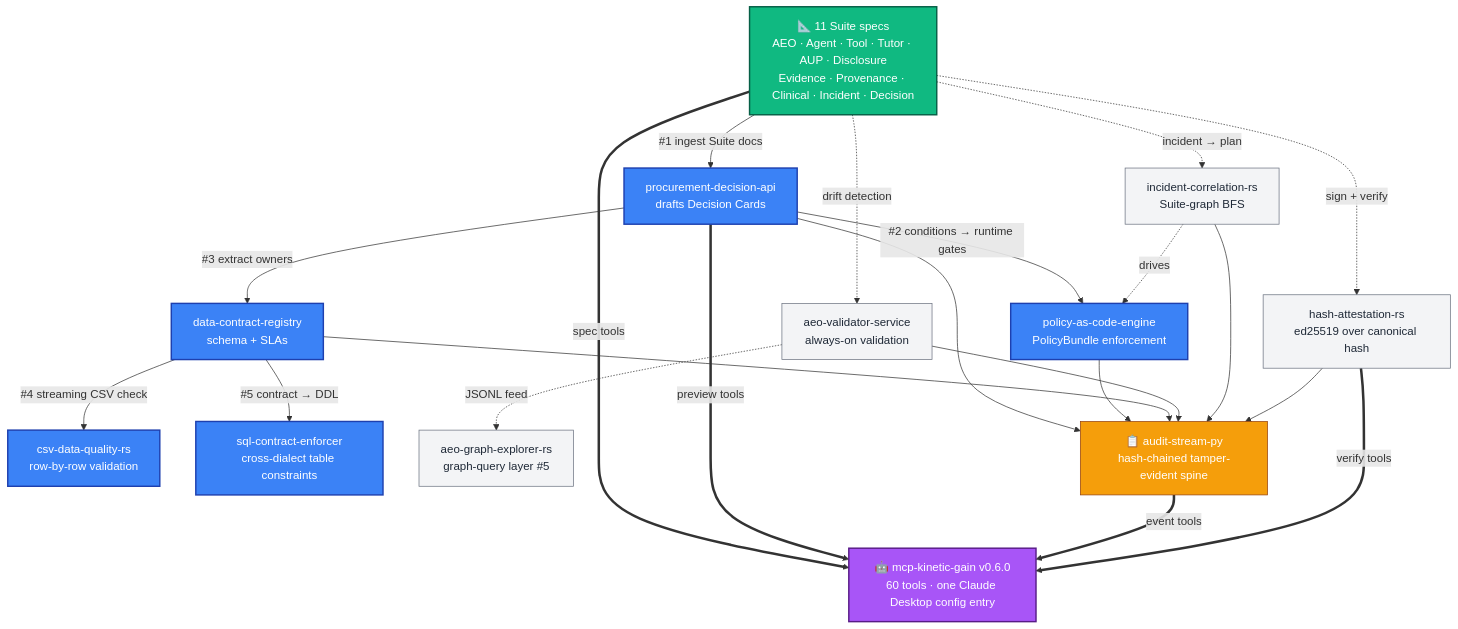
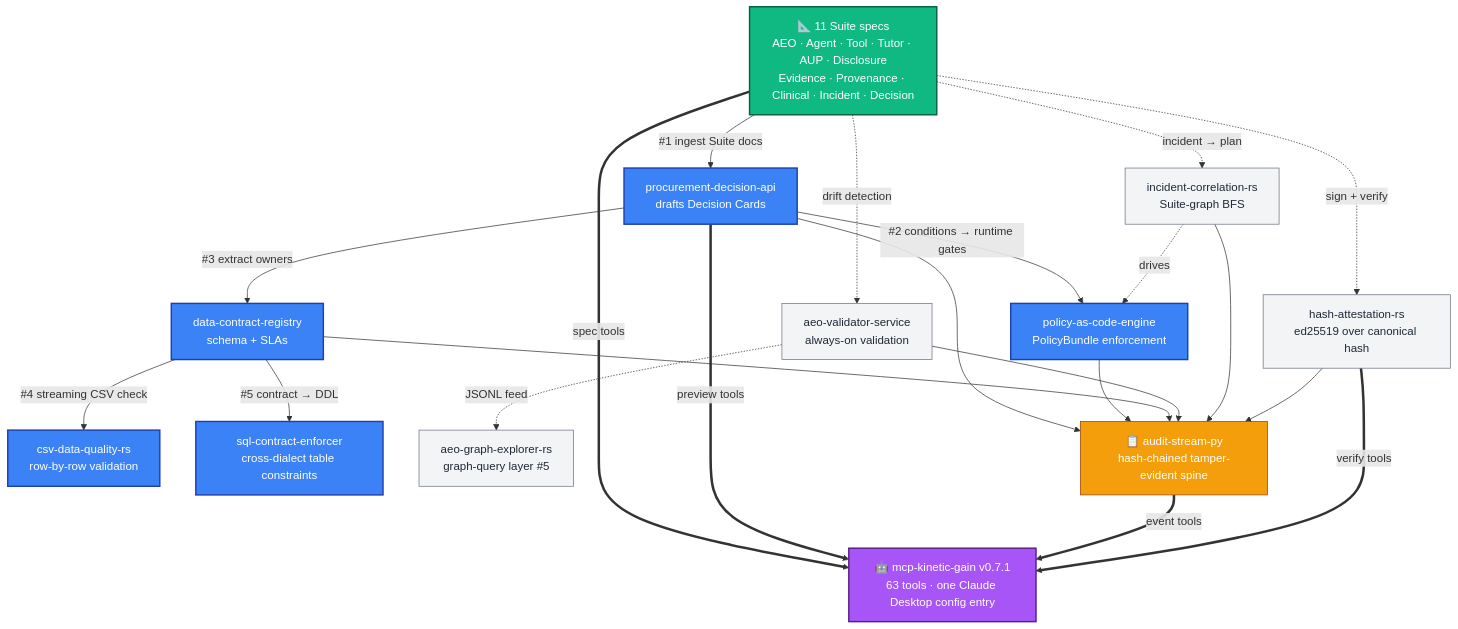
The first of 2 diagrams in README.md (mizcausevic-dev/kinetic-gain-protocol-suite), drawn with Mermaid before and after one commit. The commit also changed other lines of this file, not shown here.

First line of the commit message:
QA: standardize mcp-kinetic-gain references to v0.7.1 / 63 tools

````diff
--- a/README.md
+++ b/README.md
@@ -101,36 +101,36 @@
 ```mermaid
 flowchart TB
     classDef spec fill:#10b981,stroke:#065f46,color:#fff,stroke-width:2px
     classDef hook fill:#3b82f6,stroke:#1e40af,color:#fff,stroke-width:2px
     classDef sup fill:#f3f4f6,stroke:#6b7280,color:#1f2937
     classDef stream fill:#f59e0b,stroke:#92400e,color:#fff
     classDef mcp fill:#a855f7,stroke:#581c87,color:#fff,stroke-width:2px
 
     SPECS["📐 11 Suite specs<br/>AEO · Agent · Tool · Tutor · AUP · Disclosure<br/>Evidence · Provenance · Clinical · Incident · Decision"]:::spec
 
     SPECS -->|"#1 ingest Suite docs"| PDA["procurement-decision-api<br/>drafts Decision Cards"]:::hook
     PDA -->|"#2 conditions → runtime gates"| PAC["policy-as-code-engine<br/>PolicyBundle enforcement"]:::hook
     PDA -->|"#3 extract owners"| DCR["data-contract-registry<br/>schema + SLAs"]:::hook
     DCR -->|"#4 streaming CSV check"| CDQ["csv-data-quality-rs<br/>row-by-row validation"]:::hook
     DCR -->|"#5 contract → DDL"| SCE["sql-contract-enforcer<br/>cross-dialect table constraints"]:::hook
 
     SPECS -.->|sign + verify| HA["hash-attestation-rs<br/>ed25519 over canonical hash"]:::sup
     SPECS -.->|drift detection| AVS["aeo-validator-service<br/>always-on validation"]:::sup
     AVS -.->|JSONL feed| AGE["aeo-graph-explorer-rs<br/>graph-query layer #5"]:::sup
     SPECS -.->|incident → plan| ICR["incident-correlation-rs<br/>Suite-graph BFS"]:::sup
     ICR -.->|drives| PAC
 
     PDA --> AS
     PAC --> AS
     DCR --> AS
     AVS --> AS
     ICR --> AS
     HA --> AS
     AS["📋 audit-stream-py<br/>hash-chained tamper-evident spine"]:::stream
 
     SPECS ==>|spec tools| MCP
     PDA ==>|preview tools| MCP
     AS ==>|event tools| MCP
     HA ==>|verify tools| MCP
-    MCP["🤖 mcp-kinetic-gain v0.6.0<br/>60 tools · one Claude Desktop config entry"]:::mcp
+    MCP["🤖 mcp-kinetic-gain v0.7.1<br/>63 tools · one Claude Desktop config entry"]:::mcp
 ```
````
